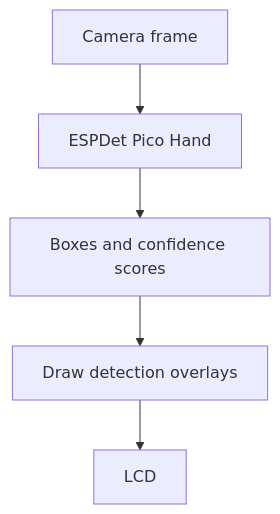
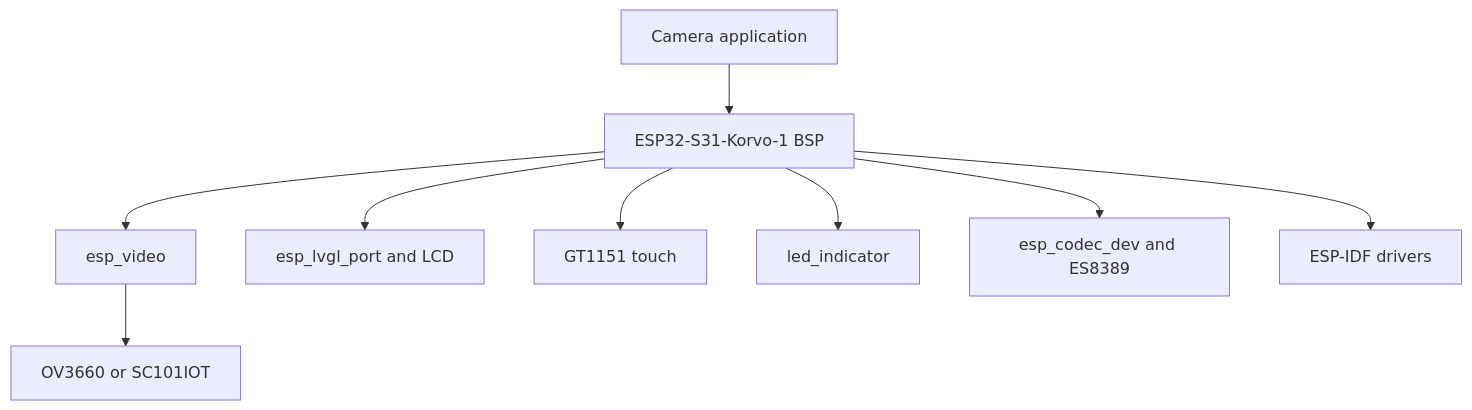
The diagram in content/workshops/introduction-to-esp32-s31-with-vision/assignment-6/index.md (espressif/developer-portal), drawn with Mermaid before and after one commit. The commit also changed other lines of this file and 26 other files, not shown here.

Commit message:
Massive changes on the structure and moved the ESP-IDF to the end

````diff
--- a/content/workshops/introduction-to-esp32-s31-with-vision/assignment-6/index.md
+++ b/content/workshops/introduction-to-esp32-s31-with-vision/assignment-6/index.md
@@ -26,7 +69,11 @@
 ```mermaid
 graph TD
-    Camera[Camera frame] --> Model[ESPDet Pico Hand]
-    Model --> Results[Boxes and confidence scores]
-    Results --> Overlay[Draw detection overlays]
-    Overlay --> LCD[LCD]
+    App[Camera application] --> BSP[ESP32-S31-Korvo-1 BSP]
+    BSP --> Video[esp_video]
+    Video --> Camera[OV3660 or SC101IOT]
+    BSP --> LVGL[esp_lvgl_port and LCD]
+    BSP --> Touch[GT1151 touch]
+    BSP --> LED[led_indicator]
+    BSP --> Audio[esp_codec_dev and ES8389]
+    BSP --> IDF[ESP-IDF drivers]
 ```
````
